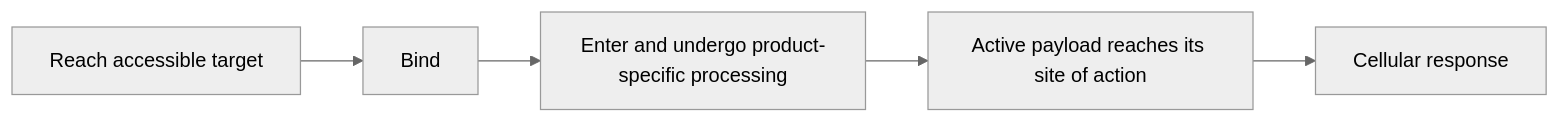
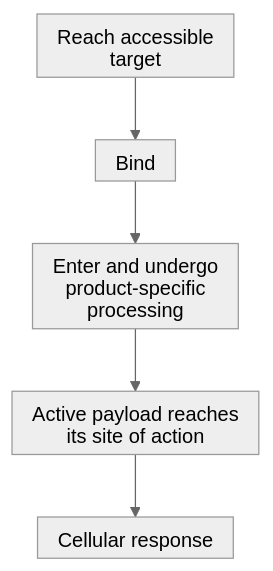
One commit to jasonLaster/oncoguide changed the diagram in wiki/education/targeted-therapy-modalities/02-timing.md. Above: the diagram before and after it, drawn with Mermaid (neutral theme). The commit also changed other lines of this file and 31 other files, not shown here.

````diff
--- a/wiki/education/targeted-therapy-modalities/02-timing.md
+++ b/wiki/education/targeted-therapy-modalities/02-timing.md
@@ -34,7 +34,8 @@
 ```mermaid
-flowchart LR
- A["Reach accessible target"] --> B["Bind"]
- B --> C["Enter and undergo product-specific processing"]
- C --> D["Active payload reaches its site of action"]
+%%{init: {"htmlLabels":false,"flowchart":{"htmlLabels":false,"padding":8,"nodeSpacing":25}}}%%
+flowchart TB
+ A["Reach accessible<br/>target"] --> B["Bind"]
+ B --> C["Enter and undergo<br/>product-specific<br/>processing"]
+ C --> D["Active payload reaches<br/>its site of action"]
  D --> E["Cellular response"]
 ```
````
